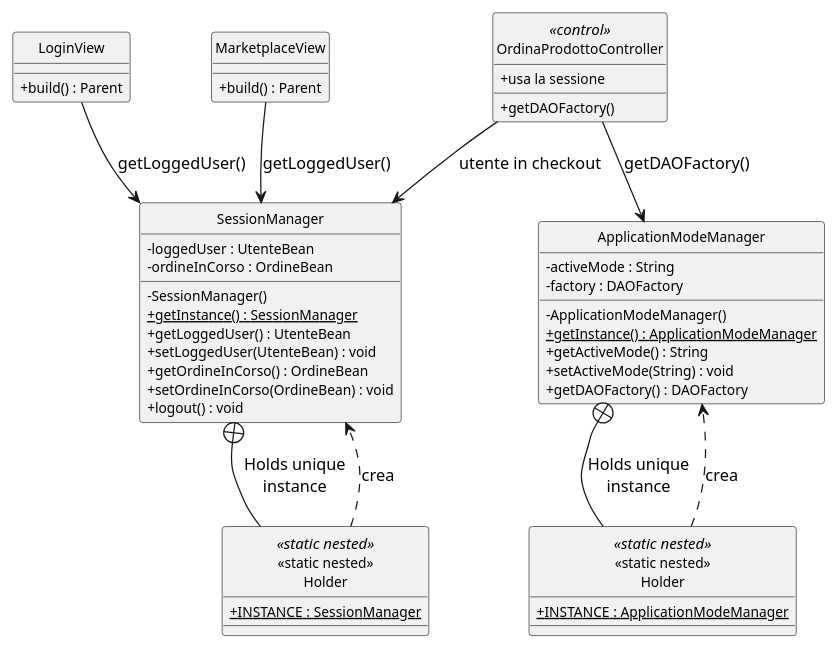
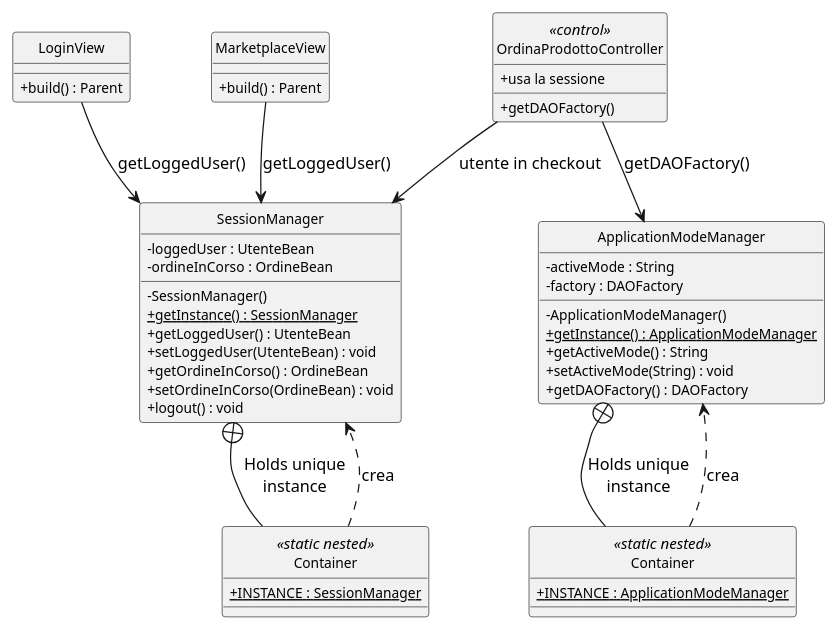
One commit to Damiano-o/test changed the diagram in docs/relazione_italiana/figures/dl_singleton.puml. Above: the diagram before and after it, drawn with PlantUML. The commit also changed 3 other files, not shown here.

Commit message:
docs(Singleton): corretto nome classe interna a Container (tracciabilità codice), static sottolineati via {static}, Holds unique instance

```diff
--- a/docs/relazione_italiana/figures/dl_singleton.puml
+++ b/docs/relazione_italiana/figures/dl_singleton.puml
@@ -1,70 +1,70 @@
 @startuml
 skinparam style strictuml
 skinparam classAttributeIconSize 0
 skinparam nodesep 50
 skinparam ranksep 45
 skinparam classFontSize 12
 skinparam classAttributeFontSize 11
 top to bottom direction
 
 ' ============================================================
 ' Design-level — Singleton (sessione utente e modalità applicativa)
-' Stile EventBus/Holder: classe client -> Singleton,
-' <<static nested>> Holder con INSTANCE, freccia "Holds unique instance".
+' Stile EventBus/Container: classe client -> Singleton,
+' <<static nested>> Container con INSTANCE, freccia "Holds unique instance".
 ' ============================================================
 
 ' ---------- Client / chi usa il Singleton ----------
 class "LoginView" {
   + build() : Parent
 }
 class "MarketplaceView" {
   + build() : Parent
 }
 class "OrdinaProdottoController" <<control>> {
   + usa la sessione
   + getDAOFactory()
 }
 
 ' ---------- Singleton 1: sessione utente ----------
 class "SessionManager" {
   - loggedUser : UtenteBean
   - ordineInCorso : OrdineBean
   - SessionManager()
   {static} + getInstance() : SessionManager
   + getLoggedUser() : UtenteBean
   + setLoggedUser(UtenteBean) : void
   + getOrdineInCorso() : OrdineBean
   + setOrdineInCorso(OrdineBean) : void
   + logout() : void
 }
 
-class "«static nested»\nHolder" as H1 <<static nested>> {
+class "Container" as H1 <<static nested>> {
   {static} + INSTANCE : SessionManager
 }
 SessionManager +-- H1 : "Holds unique\ninstance"
 H1 ..> SessionManager : crea
 
 ' ---------- Singleton 2: modalità applicativa ----------
 class "ApplicationModeManager" {
   - activeMode : String
   - factory : DAOFactory
   - ApplicationModeManager()
   {static} + getInstance() : ApplicationModeManager
   + getActiveMode() : String
   + setActiveMode(String) : void
   + getDAOFactory() : DAOFactory
 }
 
-class "«static nested»\nHolder" as H2 <<static nested>> {
+class "Container" as H2 <<static nested>> {
   {static} + INSTANCE : ApplicationModeManager
 }
 ApplicationModeManager +-- H2 : "Holds unique\ninstance"
 H2 ..> ApplicationModeManager : crea
 
 ' ---------- usi ----------
 LoginView --> SessionManager : getLoggedUser()
 MarketplaceView --> SessionManager : getLoggedUser()
 OrdinaProdottoController --> SessionManager : utente in checkout
 OrdinaProdottoController --> ApplicationModeManager : getDAOFactory()
 
 @enduml
```
